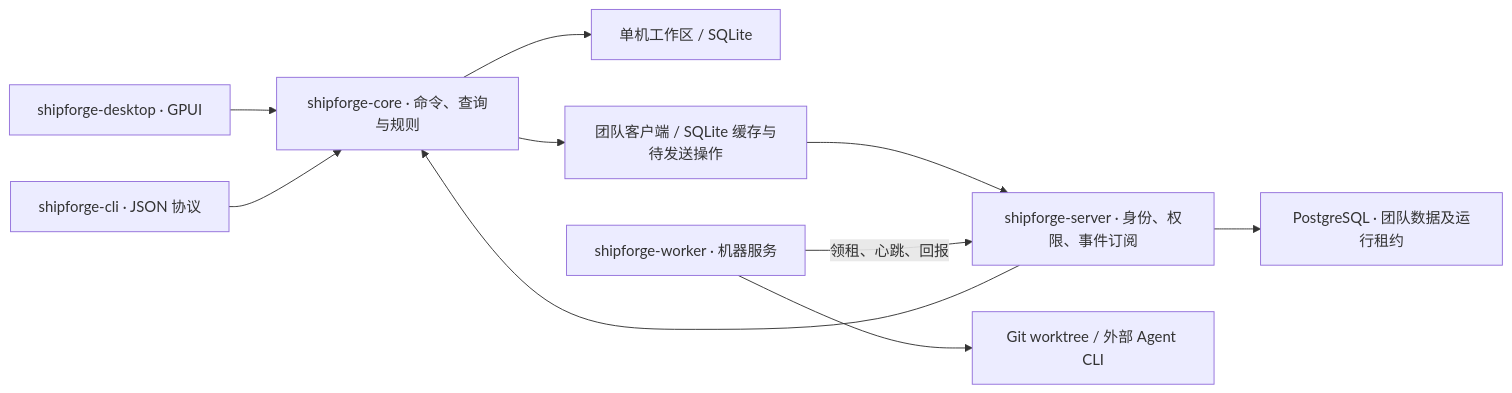
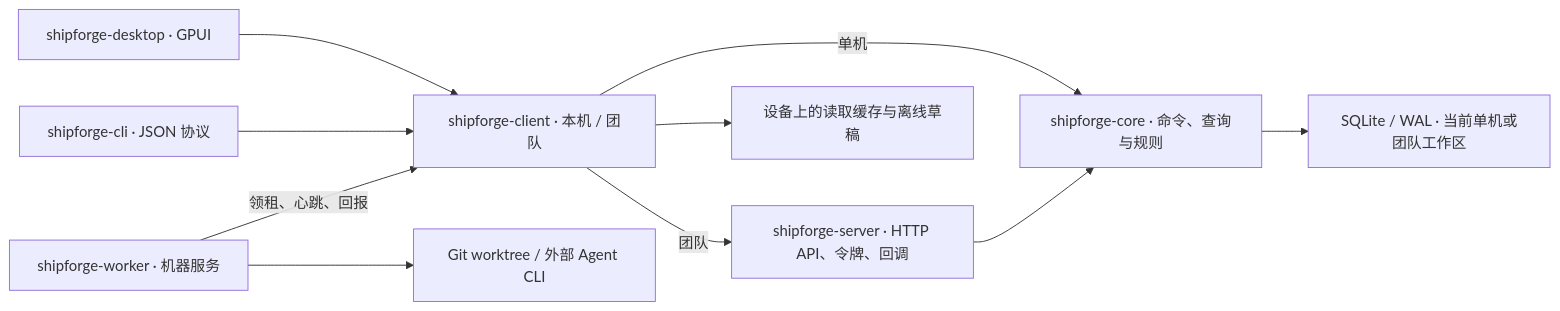
One commit to Hubujiu/ShipForge changed the diagram in docs/architecture.md. Above: the diagram before and after it, drawn with Mermaid. The commit also changed other lines of this file and 149 other files, not shown here.

````diff
--- a/docs/architecture.md
+++ b/docs/architecture.md
@@ -7,12 +7,12 @@
 ```mermaid
 flowchart LR
-  UI["shipforge-desktop · GPUI"] --> C["shipforge-core · 命令、查询与规则"]
-  CLI["shipforge-cli · JSON 协议"] --> C
-  C --> Local["单机工作区 / SQLite"]
-  C --> Client["团队客户端 / SQLite 缓存与待发送操作"]
-  Client --> Server["shipforge-server · 身份、权限、事件订阅"]
+  UI["shipforge-desktop · GPUI"] --> Client["shipforge-client · 本机 / 团队"]
+  CLI["shipforge-cli · JSON 协议"] --> Client
+  Client -->|单机| C["shipforge-core · 命令、查询与规则"]
+  Client -->|团队| Server["shipforge-server · HTTP API、令牌、回调"]
+  Client --> Cache["设备上的读取缓存与离线草稿"]
   Server --> C
-  Server --> Store["PostgreSQL · 团队数据及运行租约"]
-  Machine["shipforge-worker · 机器服务"] -->|领租、心跳、回报| Server
+  C --> Store["SQLite / WAL · 当前单机或团队工作区"]
+  Machine["shipforge-worker · 机器服务"] -->|领租、心跳、回报| Client
   Machine --> Tools["Git worktree / 外部 Agent CLI"]
 ```
````
